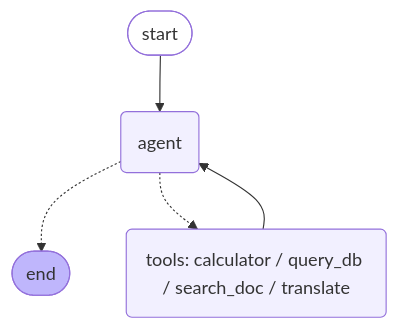
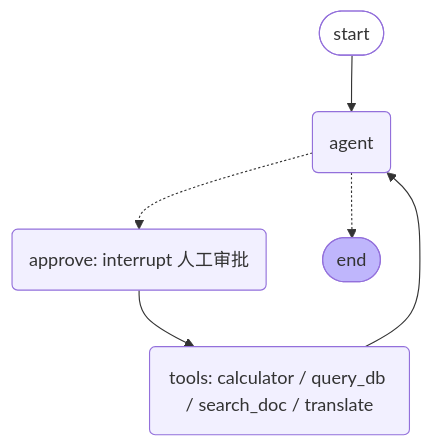
Before and after one commit to universeingod/project3-multi-tool-agent: the diagram in README.md, drawn with Mermaid. The commit also changed other lines of this file, not shown here.

Commit message:
docs: HITL 描述改为 interrupt()+Command，架构图加 approve 节点

````diff
--- a/README.md
+++ b/README.md
@@ -8,14 +8,16 @@
 ```mermaid
 graph TD
         __start__([start]):::first
         agent(agent)
+        approve(approve: interrupt 人工审批)
         tools(tools: calculator / query_db / search_doc / translate)
         __end__([end]):::last
         __start__ --> agent
         agent -.-> __end__
-        agent -.-> tools
+        agent -.-> approve
+        approve --> tools
         tools --> agent
         classDef default fill:#f2f0ff
         classDef first fill-opacity:0
         classDef last fill:#bfb6fc
 ```
````
